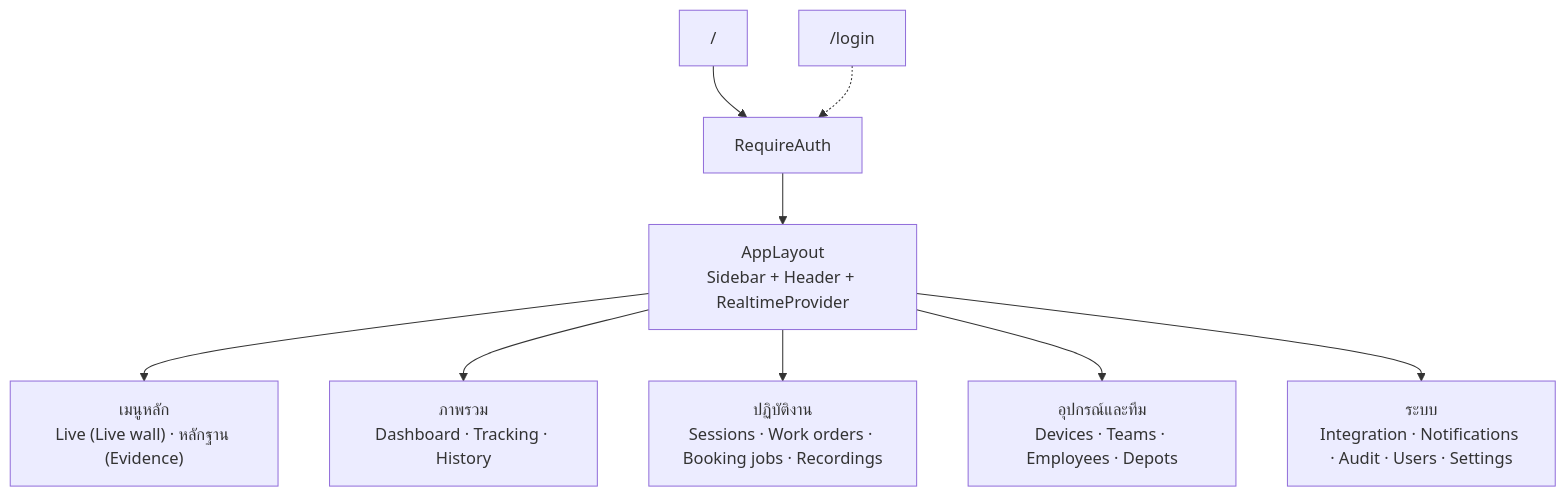
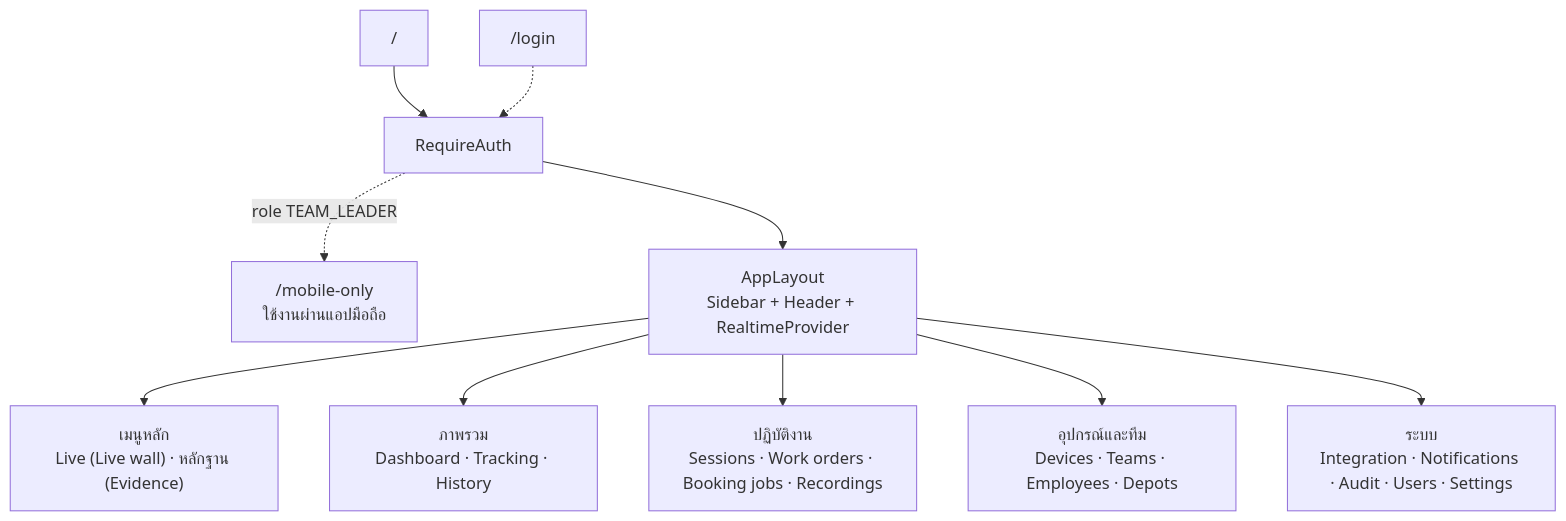
Before and after one commit to b-werayut/psd-bodycam-v1.0: the first of 2 diagrams in docs/blueprint/06-frontend-architecture.md, drawn with Mermaid. The commit also changed other lines of this file and 15 other files, not shown here.

````diff
--- a/docs/blueprint/06-frontend-architecture.md
+++ b/docs/blueprint/06-frontend-architecture.md
@@ -114,11 +119,12 @@
 ```mermaid
 flowchart TB
   ROOT["/"] --> AUTH["RequireAuth"]
+  AUTH -.->|"role TEAM_LEADER"| MOBONLY["/mobile-only<br/>ใช้งานผ่านแอปมือถือ"]
   AUTH --> SHELL["AppLayout<br/>Sidebar + Header + RealtimeProvider"]
   SHELL --> MAIN["เมนูหลัก<br/>Live (Live wall) · หลักฐาน (Evidence)"]
   SHELL --> OV["ภาพรวม<br/>Dashboard · Tracking · History"]
   SHELL --> OPS["ปฏิบัติงาน<br/>Sessions · Work orders · Booking jobs · Recordings"]
   SHELL --> AST["อุปกรณ์และทีม<br/>Devices · Teams · Employees · Depots"]
   SHELL --> SYS["ระบบ<br/>Integration · Notifications · Audit · Users · Settings"]
   LOGIN["/login"] -.-> AUTH
 ```
````
